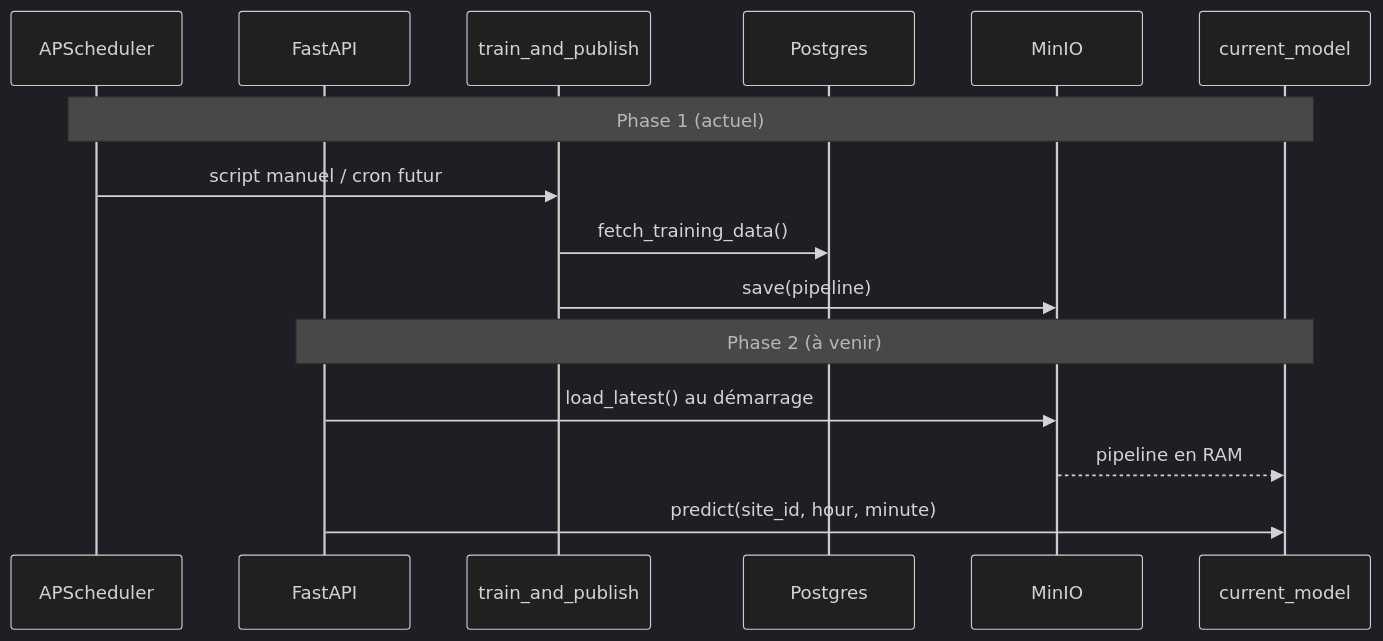
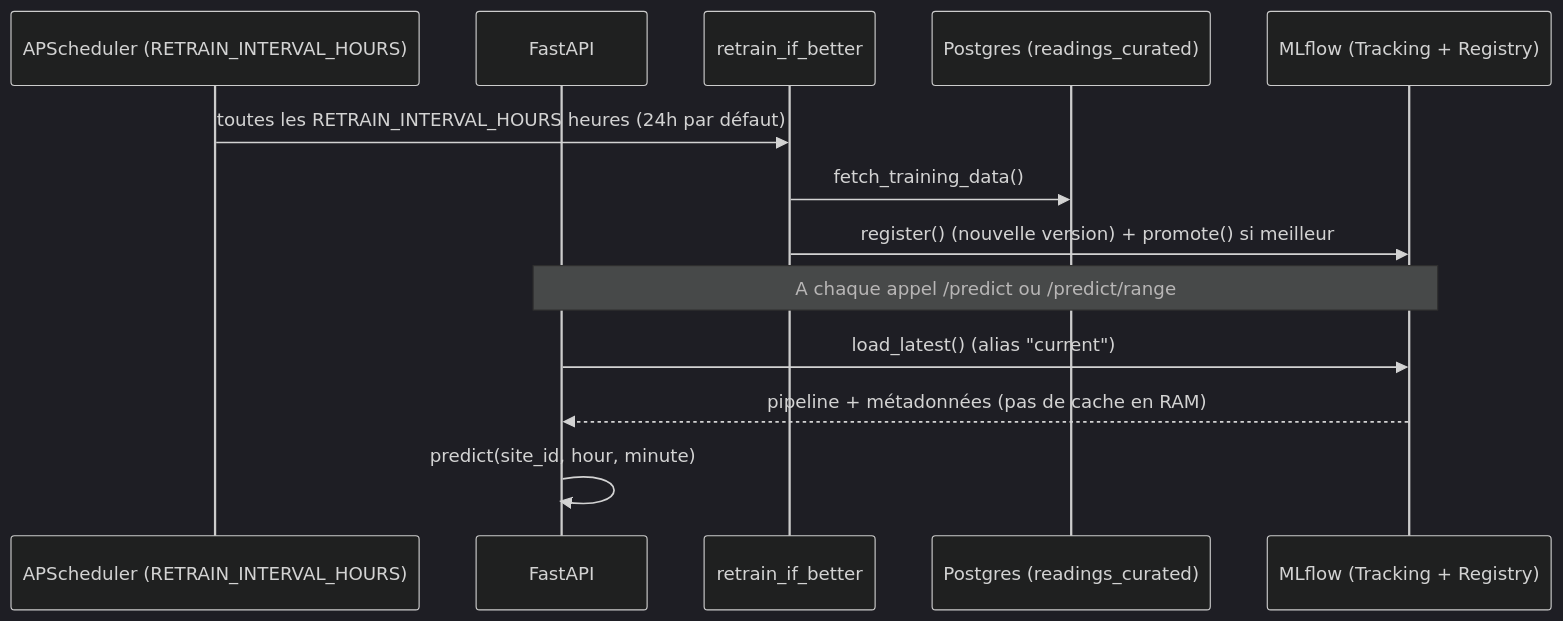
The second of 2 diagrams in apps/prediction/docs/architecture.md (PetitPingu/EnerVision), drawn with Mermaid (dark theme) before and after one commit. The commit also changed other lines of this file and 27 other files, not shown here.

````diff
--- a/apps/prediction/docs/architecture.md
+++ b/apps/prediction/docs/architecture.md
@@ -151,19 +162,17 @@
 ```mermaid
 sequenceDiagram
-    participant Cron as APScheduler
+    participant Cron as APScheduler (RETRAIN_INTERVAL_HOURS)
     participant API as FastAPI
-    participant UC as train_and_publish
-    participant PG as Postgres
-    participant S3 as MinIO
-    participant Mem as current_model
+    participant UC as retrain_if_better
+    participant PG as Postgres (readings_curated)
+    participant MLflow as MLflow (Tracking + Registry)
 
-    Note over Cron,Mem: Phase 1 (actuel)
-    Cron->>UC: script manuel / cron futur
+    Cron->>UC: toutes les RETRAIN_INTERVAL_HOURS heures (24h par défaut)
     UC->>PG: fetch_training_data()
-    UC->>S3: save(pipeline)
+    UC->>MLflow: register() (nouvelle version) + promote() si meilleur
 
-    Note over API,Mem: Phase 2 (à venir)
-    API->>S3: load_latest() au démarrage
-    S3-->>Mem: pipeline en RAM
-    API->>Mem: predict(site_id, hour, minute)
+    Note over API,MLflow: A chaque appel /predict ou /predict/range
+    API->>MLflow: load_latest() (alias "current")
+    MLflow-->>API: pipeline + métadonnées (pas de cache en RAM)
+    API->>API: predict(site_id, hour, minute)
 ```
````
